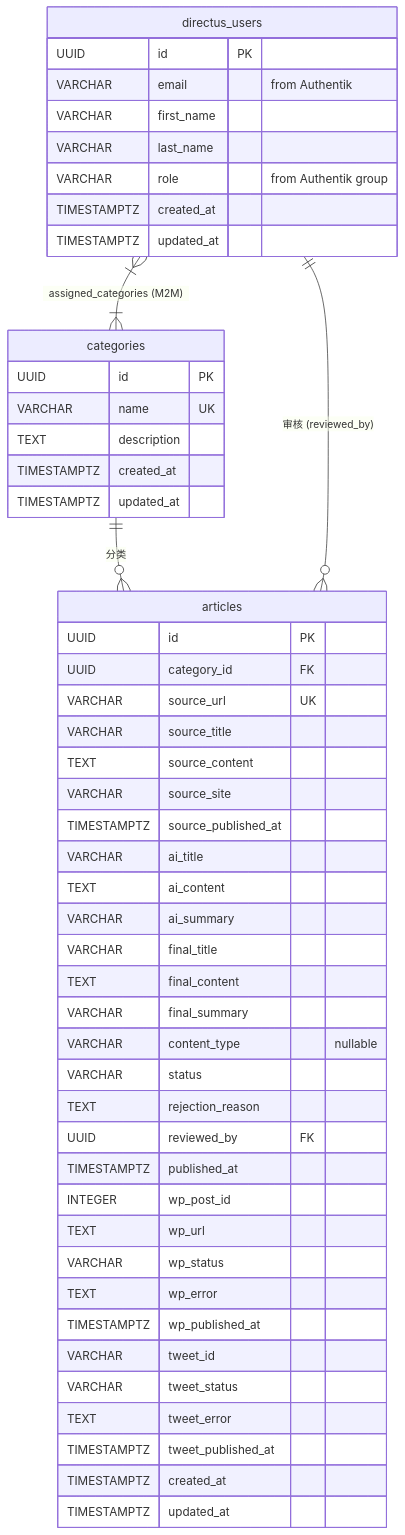
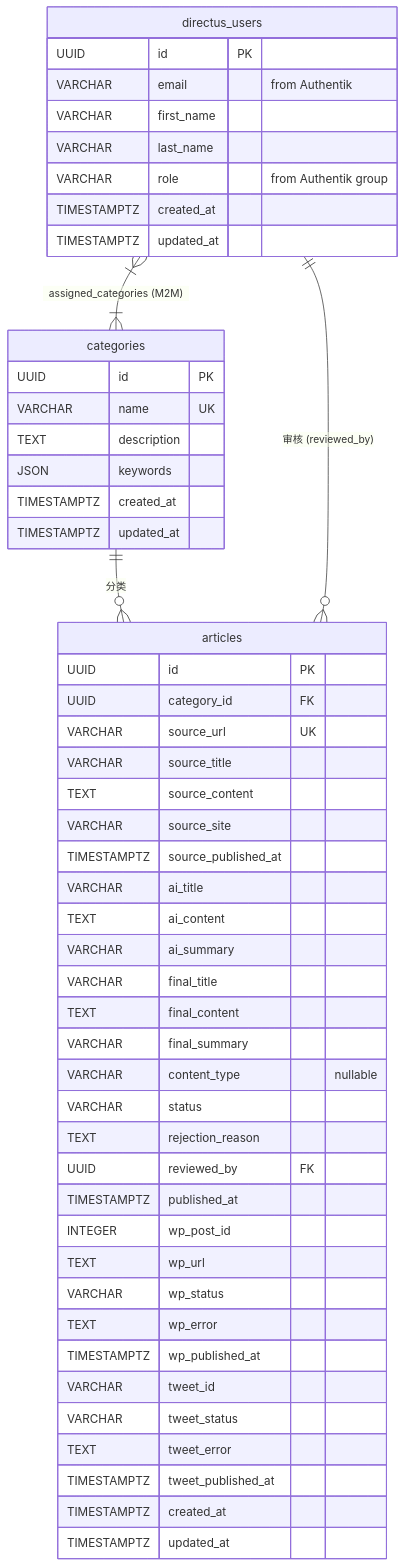
Before and after one commit to Guitang0414/Tiffany-Z-Intern-2026: the third of 6 diagrams in docs/hld.md, drawn with Mermaid. The commit also changed other lines of this file, not shown here.

````diff
--- a/docs/hld.md
+++ b/docs/hld.md
@@ -469,56 +473,57 @@
 ```mermaid
 erDiagram
     directus_users {
         UUID id PK
         VARCHAR email "from Authentik"
         VARCHAR first_name
         VARCHAR last_name
         VARCHAR role "from Authentik group"
         TIMESTAMPTZ created_at
         TIMESTAMPTZ updated_at
     }
 
     categories {
         UUID id PK
         VARCHAR name UK
         TEXT description
+        JSON keywords
         TIMESTAMPTZ created_at
         TIMESTAMPTZ updated_at
     }
 
     articles {
         UUID id PK
         UUID category_id FK
         VARCHAR source_url UK
         VARCHAR source_title
         TEXT source_content
         VARCHAR source_site
         TIMESTAMPTZ source_published_at
         VARCHAR ai_title
         TEXT ai_content
         VARCHAR ai_summary
         VARCHAR final_title
         TEXT final_content
         VARCHAR final_summary
         VARCHAR content_type "nullable"
         VARCHAR status
         TEXT rejection_reason
         UUID reviewed_by FK
         TIMESTAMPTZ published_at
         INTEGER wp_post_id
         TEXT wp_url
         VARCHAR wp_status
         TEXT wp_error
         TIMESTAMPTZ wp_published_at
         VARCHAR tweet_id
         VARCHAR tweet_status
         TEXT tweet_error
         TIMESTAMPTZ tweet_published_at
         TIMESTAMPTZ created_at
         TIMESTAMPTZ updated_at
     }
 
     directus_users }|--|{ categories : "assigned_categories (M2M)"
     categories ||--o{ articles : "分类"
     directus_users ||--o{ articles : "审核 (reviewed_by)"
 ```
````
